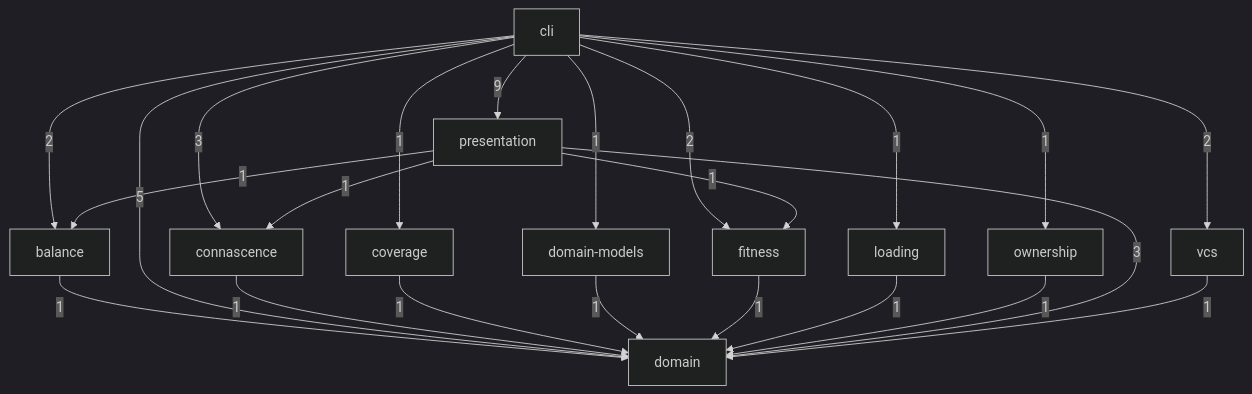
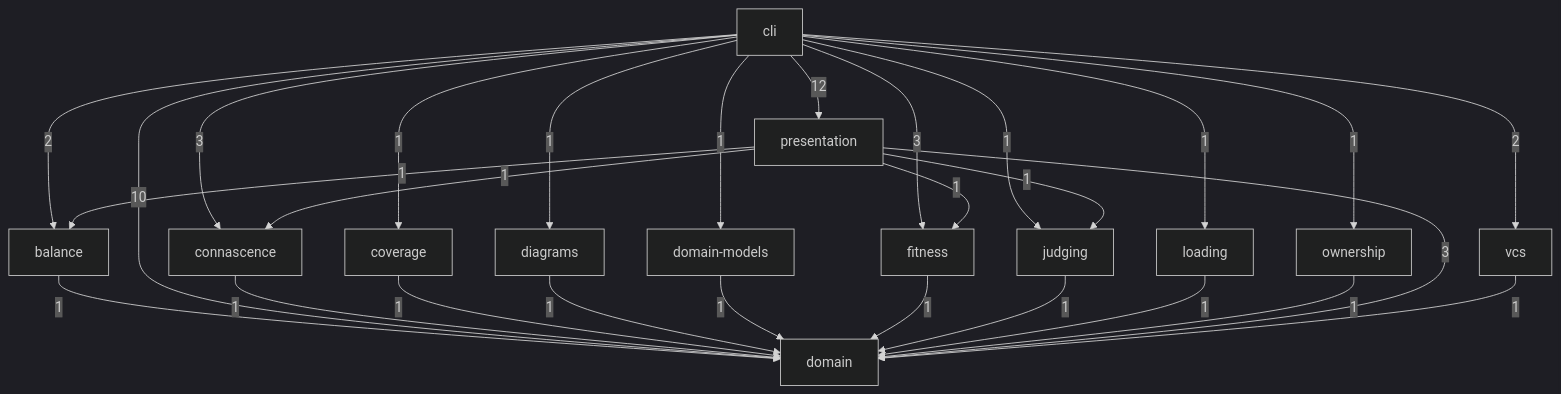
Before and after one commit to StevenACoffman/anarch-lint: the diagram in anarch.md, drawn with Mermaid (dark theme). The commit also changed other lines of this file and 170 other files, not shown here.

````diff
--- a/anarch.md
+++ b/anarch.md
@@ -33,36 +35,43 @@
 ```mermaid
 flowchart TD
   s0["cli"]
   s1["presentation"]
   s2["loading"]
   s3["vcs"]
-  s4["domain-models"]
-  s5["ownership"]
-  s6["coverage"]
-  s7["fitness"]
-  s8["balance"]
-  s9["connascence"]
-  s10["domain"]
-  s8 -->|1| s10
-  s0 -->|2| s8
-  s0 -->|3| s9
+  s4["diagrams"]
+  s5["domain-models"]
+  s6["ownership"]
+  s7["coverage"]
+  s8["fitness"]
+  s9["balance"]
+  s10["connascence"]
+  s11["judging"]
+  s12["domain"]
+  s9 -->|1| s12
+  s0 -->|2| s9
+  s0 -->|3| s10
+  s0 -->|1| s7
+  s0 -->|1| s4
+  s0 -->|10| s12
+  s0 -->|1| s5
+  s0 -->|3| s8
+  s0 -->|1| s11
+  s0 -->|1| s2
   s0 -->|1| s6
-  s0 -->|5| s10
-  s0 -->|1| s4
-  s0 -->|2| s7
-  s0 -->|1| s2
-  s0 -->|1| s5
-  s0 -->|9| s1
+  s0 -->|12| s1
   s0 -->|2| s3
-  s9 -->|1| s10
-  s6 -->|1| s10
-  s4 -->|1| s10
-  s7 -->|1| s10
-  s2 -->|1| s10
-  s5 -->|1| s10
+  s10 -->|1| s12
+  s7 -->|1| s12
+  s4 -->|1| s12
+  s5 -->|1| s12
+  s8 -->|1| s12
+  s11 -->|1| s12
+  s2 -->|1| s12
+  s6 -->|1| s12
+  s1 -->|1| s9
+  s1 -->|1| s10
+  s1 -->|3| s12
   s1 -->|1| s8
-  s1 -->|1| s9
-  s1 -->|3| s10
-  s1 -->|1| s7
-  s3 -->|1| s10
+  s1 -->|1| s11
+  s3 -->|1| s12
 ```
````
